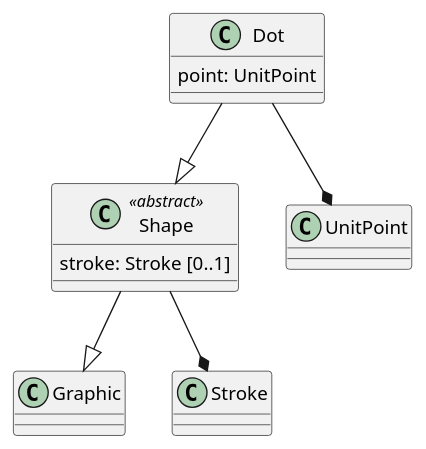
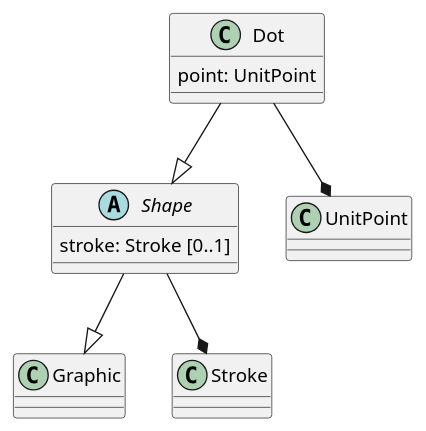
The ninth of 11 diagrams in core/sections/clause_8_vector.adoc (opengeospatial/styles-and-symbology), drawn with PlantUML before and after one commit. The commit also changed other lines of this file and 8 other files, not shown here.

Commit message:
correction to plantuml naming conventions

```diff
--- a/core/sections/clause_8_vector.adoc
+++ b/core/sections/clause_8_vector.adoc
@@ -331,11 +331,11 @@
 [plantuml, target=diagram-classes, format=png]
 ....
 Dot --|> Shape
 Dot : point: UnitPoint
 Dot --* UnitPoint
 
-class Shape <<abstract>>
+abstract class Shape
 Shape --|> Graphic
 Shape : stroke: Stroke [0..1]
 Shape --* Stroke
 ....
```
